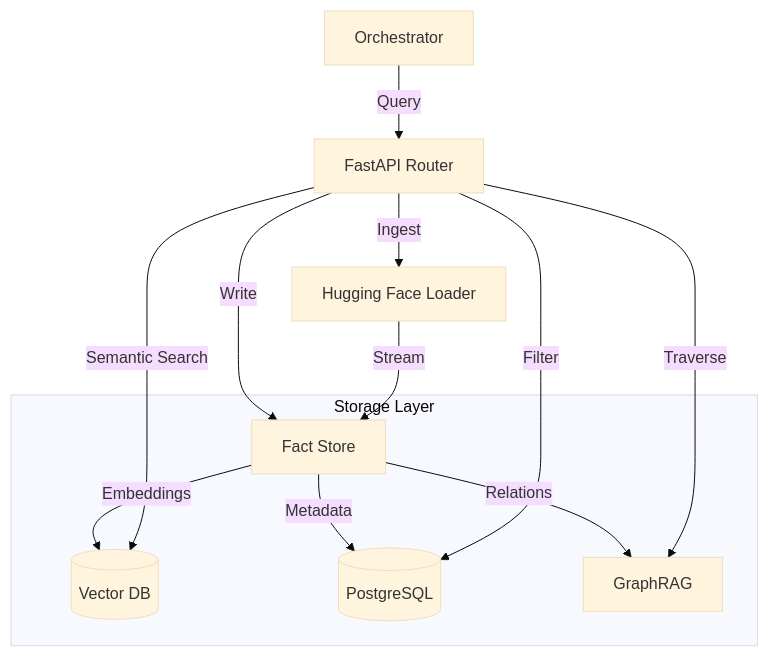
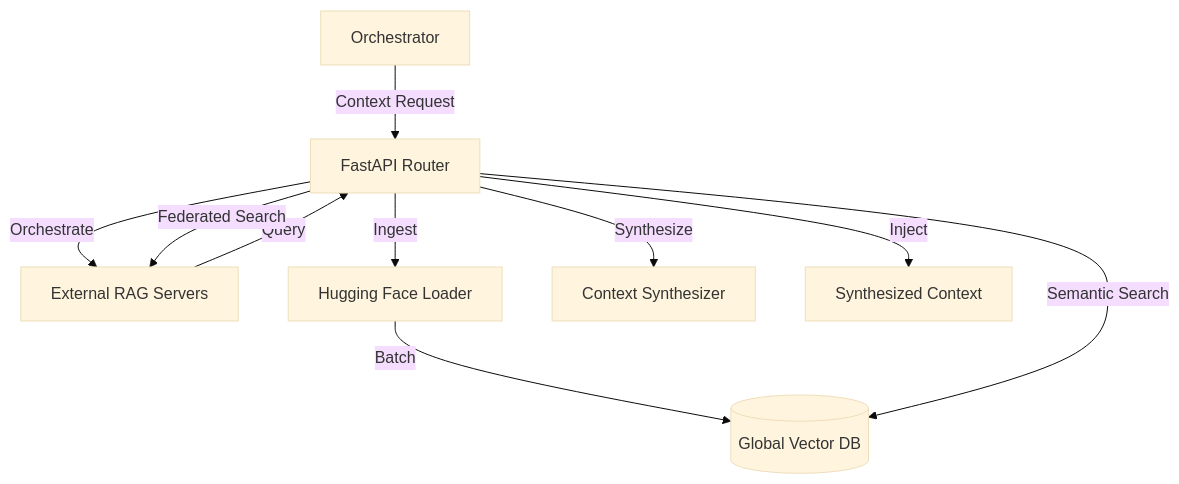
One commit to azzindani/Kea changed the diagram in services/rag_service/README.md. Above: the diagram before and after it, drawn with Mermaid (base theme). The commit also changed other lines of this file and 6 other files, not shown here.

````diff
--- a/services/rag_service/README.md
+++ b/services/rag_service/README.md
@@ -24,18 +24,14 @@
 ```mermaid
 graph TD
-    API[FastAPI Router] -->|Ingest| HF[Hugging Face Loader]
-    API -->|Write| FactStore[Fact Store]
+    API[FastAPI Router] -->|Orchestrate| External[External RAG Servers]
+    API -->|Ingest| HF[Hugging Face Loader]
+    API -->|Synthesize| Synth[Context Synthesizer]
     
-    HF -->|Stream| FactStore
+    HF -->|Batch| VectorDB[(Global Vector DB)]
+    External -->|Query| API
     
-    subgraph "Storage Layer"
-        FactStore -->|Embeddings| VectorDB[(Vector DB)]
-        FactStore -->|Metadata| PG[(PostgreSQL)]
-        FactStore -->|Relations| Graph[GraphRAG]
-    end
-    
-    Orchestrator[Orchestrator] -->|Query| API
+    Orchestrator[Orchestrator] -->|Context Request| API
+    API -->|Federated Search| External
     API -->|Semantic Search| VectorDB
-    API -->|Filter| PG
-    API -->|Traverse| Graph
+    API -->|Inject| OrchOut[Synthesized Context]
 ```
````
